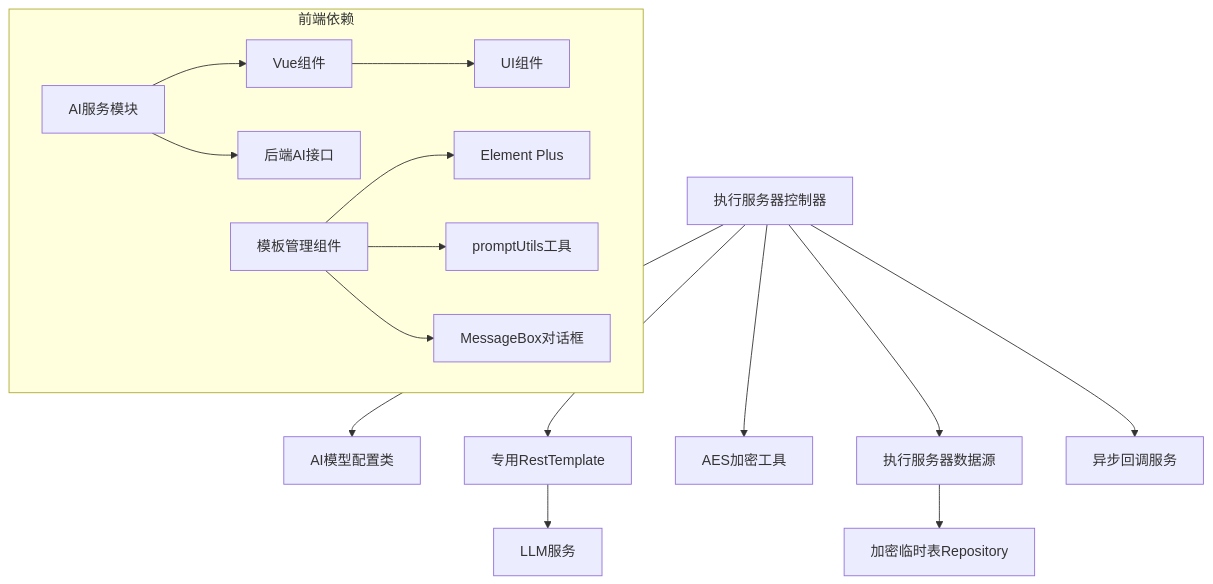
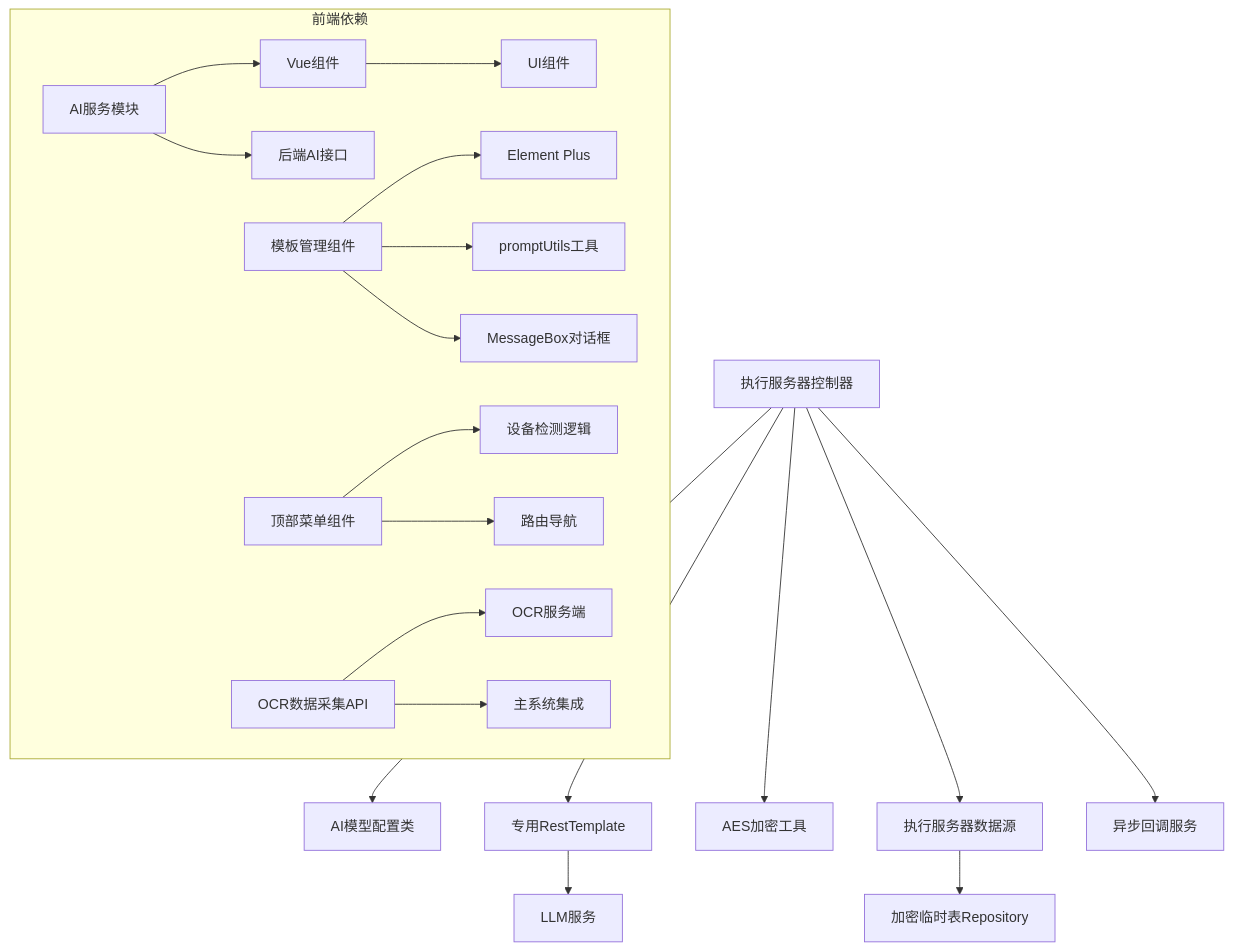
The tenth of 10 diagrams in .qoder/repowiki/zh/content/核心功能模块/AI诊断辅助系统.md (liuzh2008/med_ai_assistant_workspace), drawn with Mermaid before and after one commit. The commit also changed other lines of this file and 2 other files, not shown here.

````diff
--- a/.qoder/repowiki/zh/content/核心功能模块/AI诊断辅助系统.md
+++ b/.qoder/repowiki/zh/content/核心功能模块/AI诊断辅助系统.md
@@ -402,18 +510,22 @@
 ```mermaid
 graph TB
 Controller["执行服务器控制器"] --> Config["AI模型配置类"]
 Controller --> RestTemplate["专用RestTemplate"]
 Controller --> AES["AES加密工具"]
 Controller --> DB["执行服务器数据源"]
 Controller --> Callback["异步回调服务"]
 RestTemplate --> LLM["LLM服务"]
 DB --> TempRepo["加密临时表Repository"]
 subgraph "前端依赖"
 AIService["AI服务模块"] --> VueComp["Vue组件"]
 AIService --> BackendAPI["后端AI接口"]
 VueComp --> UIComponents["UI组件"]
 TemplateComp["模板管理组件"] --> ElementPlus["Element Plus"]
 TemplateComp --> promptUtils["promptUtils工具"]
 TemplateComp --> MessageBox["MessageBox对话框"]
+TopMenu["顶部菜单组件"] --> DeviceDetect["设备检测逻辑"]
+TopMenu --> Router["路由导航"]
+OCRAPI["OCR数据采集API"] --> OCRService["OCR服务端"]
+OCRAPI --> MainSystem["主系统集成"]
 end
 ```
````
